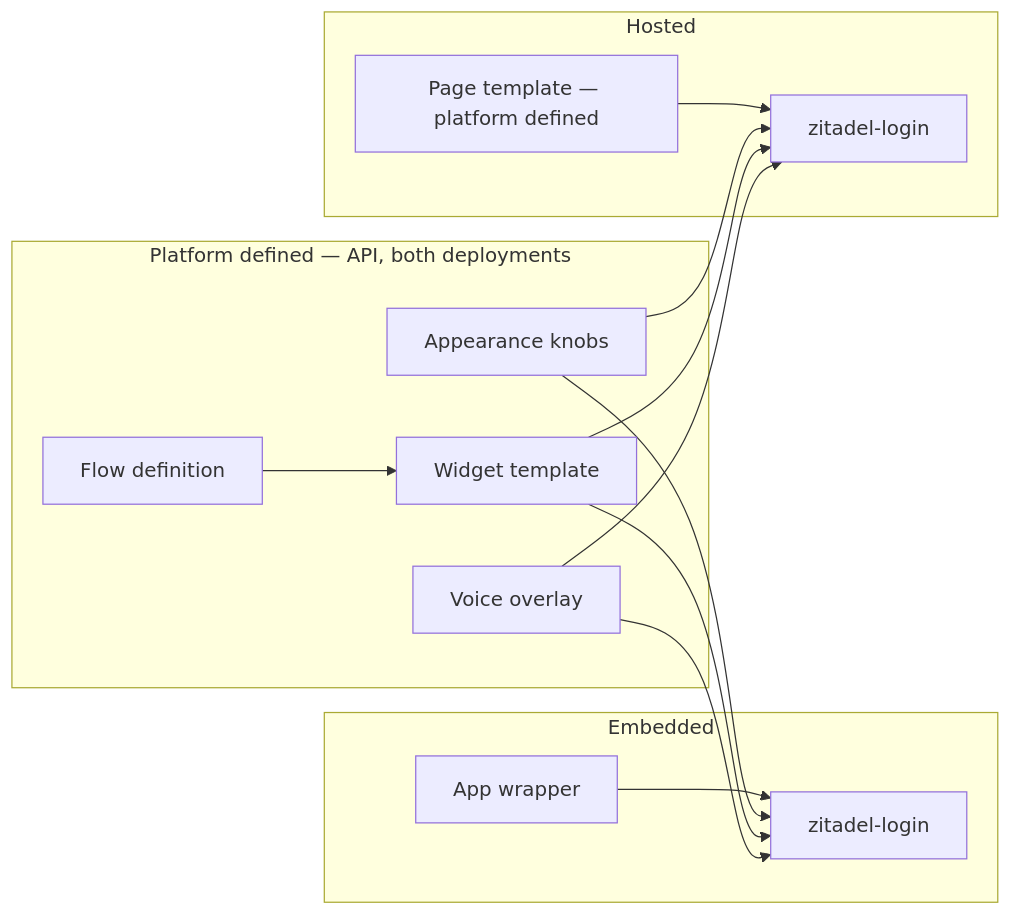
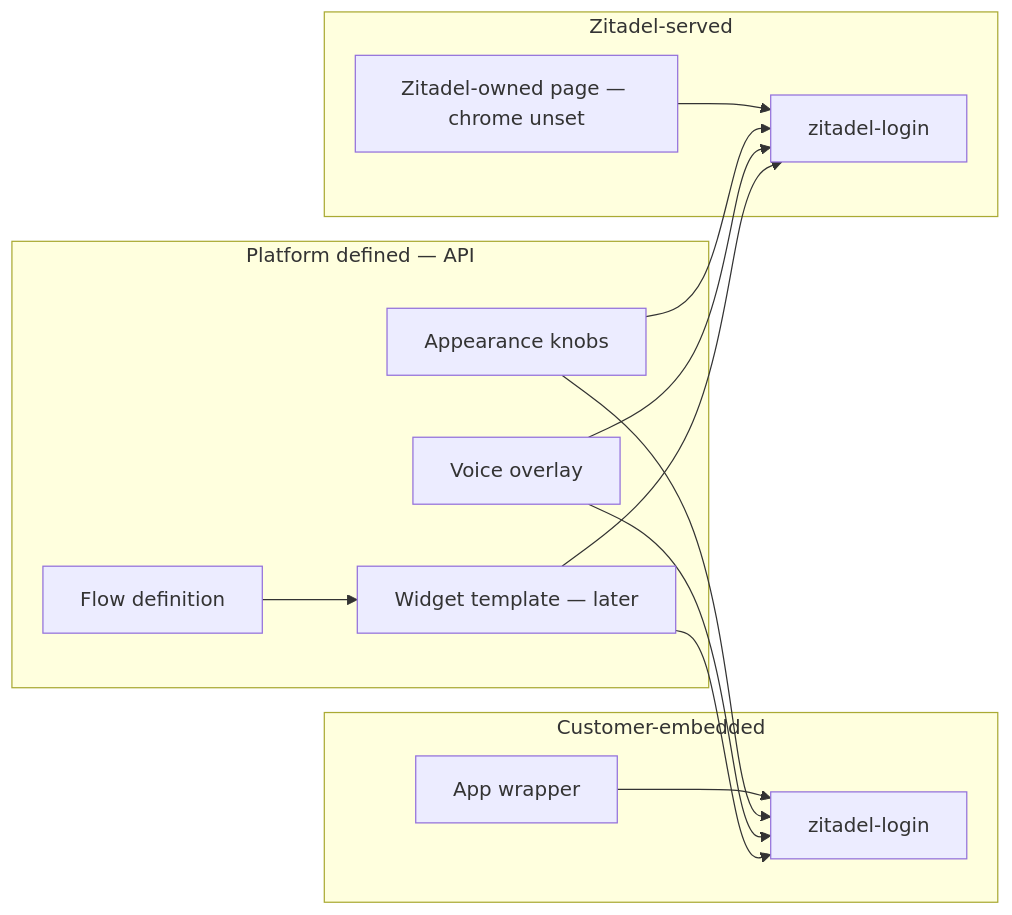
The third of 4 diagrams in docs/design/branding/customization-strategy.md (zitadel/nextgen), drawn with Mermaid before and after one commit. The commit also changed other lines of this file and 7 other files, not shown here.

First line of the commit message:
docs: drop the embed-to-hosted ladder from customization strategy

````diff
--- a/docs/design/branding/customization-strategy.md
+++ b/docs/design/branding/customization-strategy.md
@@ -159,26 +183,26 @@
 ```mermaid
 flowchart LR
-  subgraph embed [Embedded]
+  subgraph embed [Customer-embedded]
     EW[App wrapper]
     EL[zitadel-login]
     EW --> EL
   end
-  subgraph hosted [Hosted]
-    PT[Page template — platform defined]
-    HL[zitadel-login]
-    PT --> HL
+  subgraph served [Zitadel-served]
+    SP[Zitadel-owned page — chrome unset]
+    SL[zitadel-login]
+    SP --> SL
   end
-  subgraph api [Platform defined — API, both deployments]
+  subgraph api [Platform defined — API]
     AP[Appearance knobs]
-    WT[Widget template]
     VO[Voice overlay]
     FL[Flow definition]
+    WT[Widget template — later]
   end
   AP --> EL
-  AP --> HL
+  AP --> SL
+  VO --> EL
+  VO --> SL
+  FL --> WT
   WT --> EL
-  WT --> HL
-  VO --> EL
-  VO --> HL
-  FL --> WT
+  WT --> SL
 ```
````
